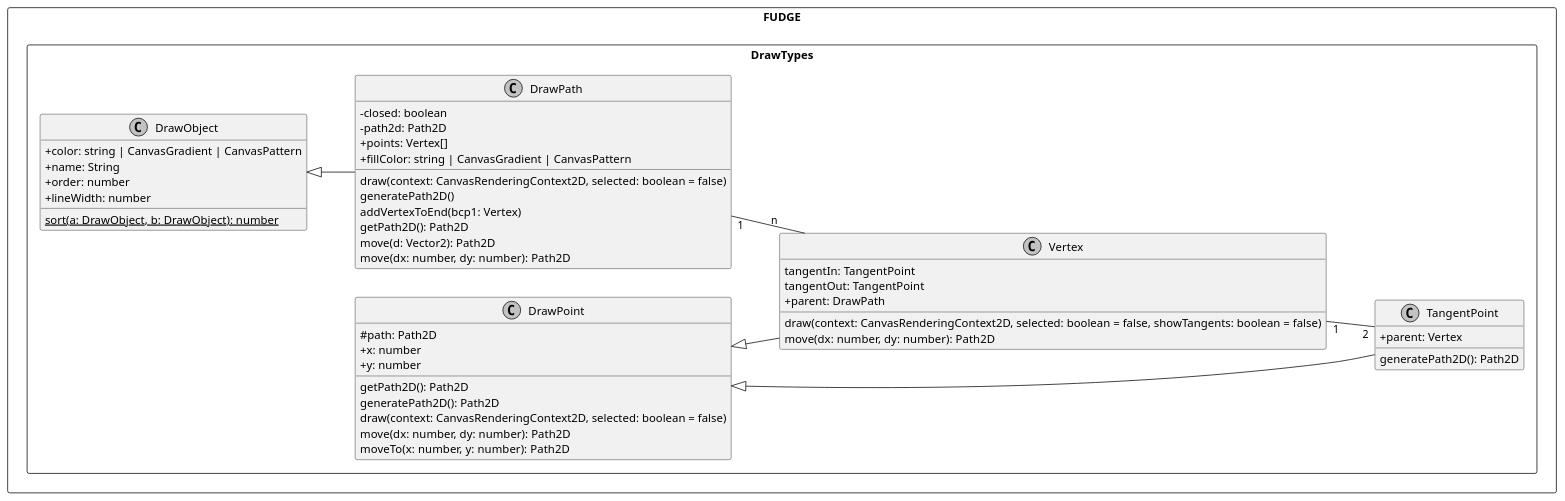
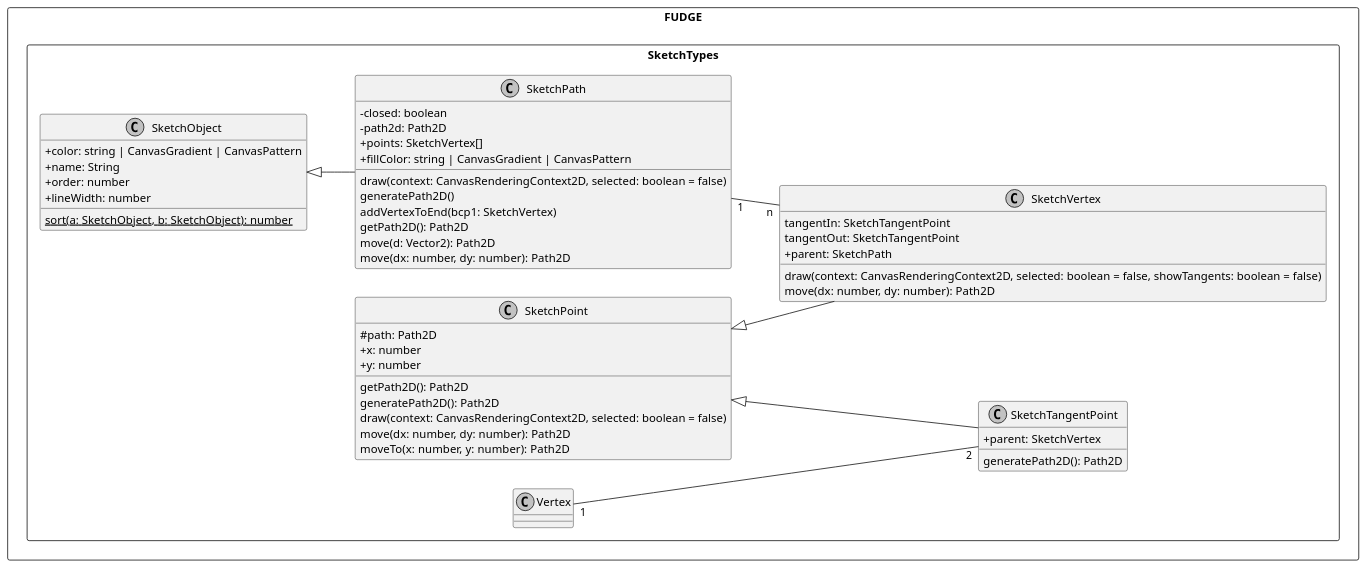
One commit to JirkaDellOro/FUDGE changed the diagram in Experiments/Lukas/PlantUML/01_Classdiagram/DrawTypes.puml. Above: the diagram before and after it, drawn with PlantUML. The commit also changed 37 other files, not shown here.

Commit message:
more Diagrams, images and fixes

```diff
--- a/Experiments/Lukas/PlantUML/01_Classdiagram/DrawTypes.puml
+++ b/Experiments/Lukas/PlantUML/01_Classdiagram/DrawTypes.puml
@@ -1,71 +1,71 @@
 @startuml FUDGE-Core
 skinparam monochrome true
 skinparam componentStyle uml2
 skinparam classAttributeIconSize 0
 skinparam shadowing false
 skinparam handwritten false
 
 'page 2x2
 left to right direction
 package FUDGE <<Rectangle>> {
-	package DrawTypes <<Rectangle>>{
-		class DrawObject {
+	package SketchTypes <<Rectangle>>{
+		class SketchObject {
 			+ color: string | CanvasGradient | CanvasPattern
 			+ name: String
 			+ order: number
 			+ lineWidth: number
-			{static} sort(a: DrawObject, b: DrawObject): number
+			{static} sort(a: SketchObject, b: SketchObject): number
 		}
 
-		class DrawPath extends DrawObject {
+		class SketchPath extends SketchObject {
 			- closed: boolean
 			- path2d: Path2D
-			+ points: Vertex[]
+			+ points: SketchVertex[]
 			+ fillColor: string | CanvasGradient | CanvasPattern
 			draw(context: CanvasRenderingContext2D, selected: boolean = false)
 			generatePath2D()
-			addVertexToEnd(bcp1: Vertex)
+			addVertexToEnd(bcp1: SketchVertex)
 			getPath2D(): Path2D
 			move(d: Vector2): Path2D
 			move(dx: number, dy: number): Path2D
 		}
 
-		' class DrawLine {
+		' class SketchLine {
 			' 	+ startPoint: Vector2
 			' 	+ endPoint: Vector2
 			' 	+ startBezierPoint: Vector2
 			' 	+ endBezierPoint: Vector2
-			' 	+ parent: DrawPath
+			' 	+ parent: SketchPath
 			'
 		' }
 
-		class DrawPoint {
+		class SketchPoint {
 			# path: Path2D
 			+ x: number
 			+ y: number
 			getPath2D(): Path2D
 			generatePath2D(): Path2D
 			draw(context: CanvasRenderingContext2D, selected: boolean = false)
 			move(dx: number, dy: number): Path2D
 			moveTo(x: number, y: number): Path2D
 		}
 
-		class Vertex extends DrawPoint {
-			tangentIn: TangentPoint
-			tangentOut: TangentPoint
-			+ parent: DrawPath
+		class SketchVertex extends SketchPoint {
+			tangentIn: SketchTangentPoint
+			tangentOut: SketchTangentPoint
+			+ parent: SketchPath
 			draw(context: CanvasRenderingContext2D, selected: boolean = false, showTangents: boolean = false)
 			move(dx: number, dy: number): Path2D
 		}
 
-		class TangentPoint extends DrawPoint {
-			+ parent: Vertex
+		class SketchTangentPoint extends SketchPoint {
+			+ parent: SketchVertex
 			generatePath2D(): Path2D
 		}
 
 		' Associations
-		DrawPath "1" -- "n" Vertex
-		Vertex "1" -- "2" TangentPoint
+		SketchPath "1" -- "n" SketchVertex
+		Vertex "1" -- "2" SketchTangentPoint
 	}
 }
 @enduml
```
